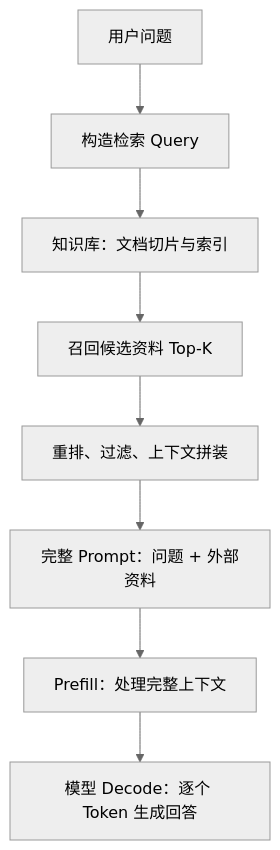
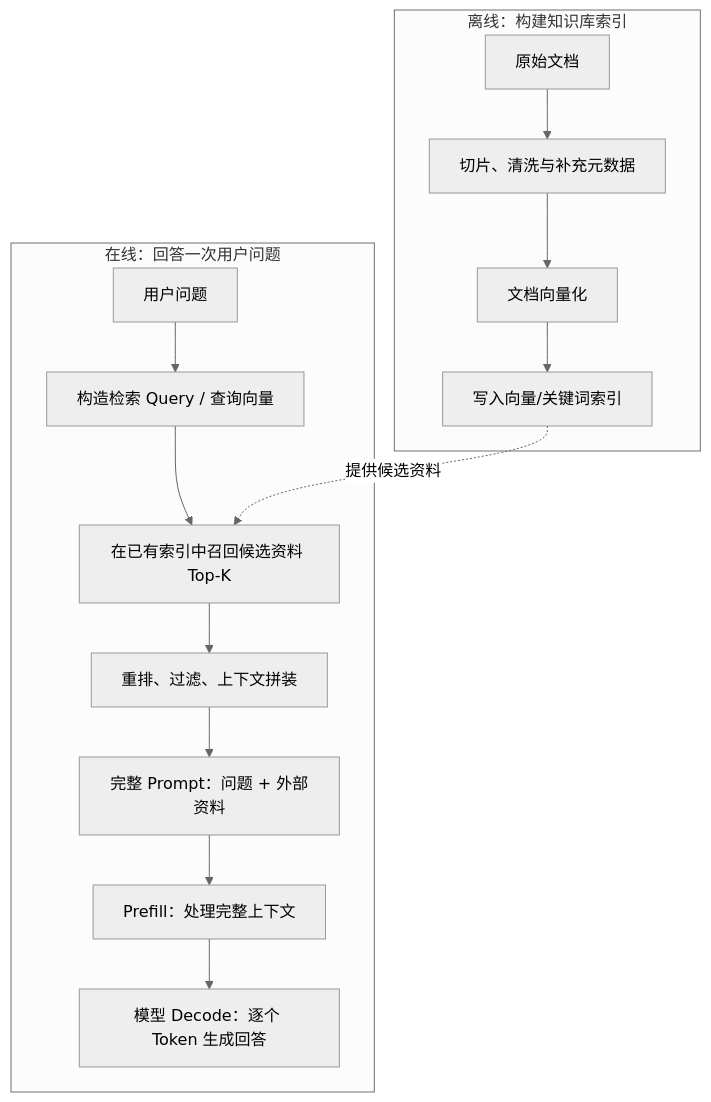
One commit to LeiLiGithub/AgenticOS changed the fourth of 4 diagrams in posts/2026-07-14-从Token到RAG-我这一周搭起的大模型基础认知地图.md. Above: the diagram before and after it, drawn with Mermaid (neutral theme). The commit also changed other lines of this file and 14 other files, not shown here.

````diff
--- a/posts/2026-07-14-从Token到RAG-我这一周搭起的大模型基础认知地图.md
+++ b/posts/2026-07-14-从Token到RAG-我这一周搭起的大模型基础认知地图.md
@@ -307,10 +315,19 @@
 ```mermaid
 flowchart TD
-    A[用户问题] --> B[构造检索 Query]
-    B --> C[知识库：文档切片与索引]
-    C --> D[召回候选资料 Top-K]
-    D --> E[重排、过滤、上下文拼装]
-    E --> F[完整 Prompt：问题 + 外部资料]
-    F --> G[Prefill：处理完整上下文]
-    G --> H[模型 Decode：逐个 Token 生成回答]
+    subgraph Offline[离线：构建知识库索引]
+        O1[原始文档] --> O2[切片、清洗与补充元数据]
+        O2 --> O3[文档向量化]
+        O3 --> O4[写入向量/关键词索引]
+    end
+
+    subgraph Online[在线：回答一次用户问题]
+        A[用户问题] --> B[构造检索 Query / 查询向量]
+        B --> C[在已有索引中召回候选资料 Top-K]
+        C --> D[重排、过滤、上下文拼装]
+        D --> E[完整 Prompt：问题 + 外部资料]
+        E --> F[Prefill：处理完整上下文]
+        F --> G[模型 Decode：逐个 Token 生成回答]
+    end
+
+    O4 -. 提供候选资料 .-> C
 ```
````
